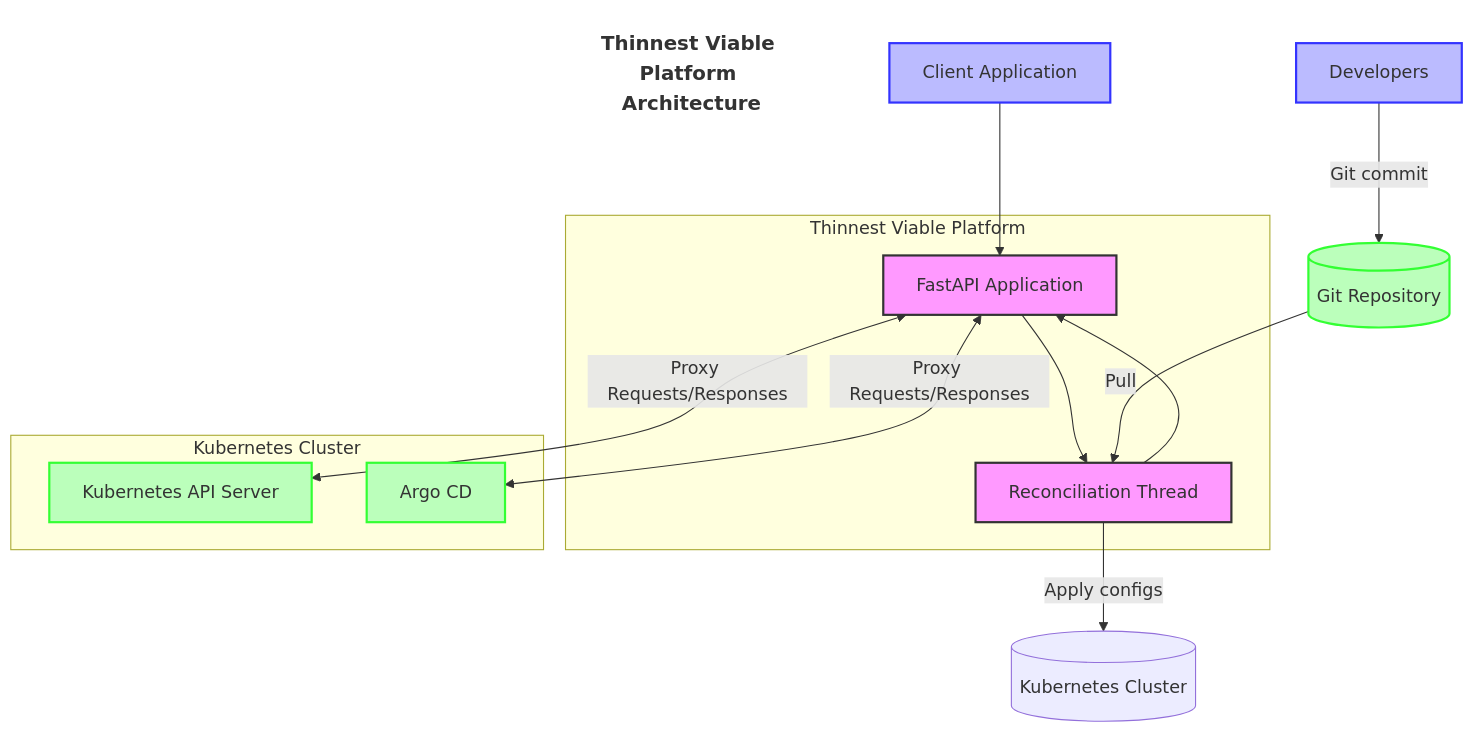
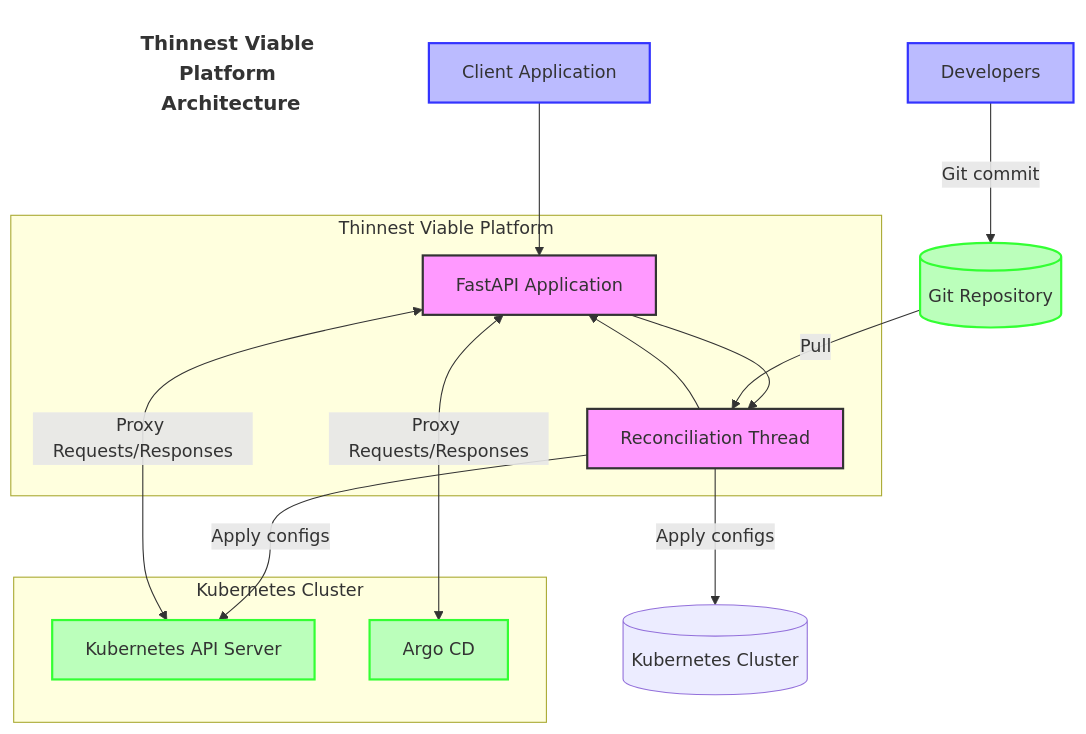
The seventh of 9 diagrams in README.md (lloydchang/tvp-k8s), drawn with Mermaid before and after one commit. The commit also changed 1 other file, not shown here.

````diff
--- a/README.md
+++ b/README.md
@@ -520,34 +520,35 @@
 ```mermaid
 flowchart TB
     title[Thinnest Viable Platform Architecture]
     style title fill:none,stroke:none,font-size:18px,font-weight:bold
     subgraph "Thinnest Viable Platform"
         API[FastAPI Application]
         RT[Reconciliation Thread]
         
         API --> RT
         RT --> API
     end
     
     Dev[Developers] -->|Git commit| GitRepo[(Git Repository)]
     GitRepo -->|Pull| RT
+    RT -->|Apply configs| KubernetesAPI
     RT -->|Apply configs| Kubernetes[(Kubernetes Cluster)]
     
     subgraph "Kubernetes Cluster"
         KubernetesAPI[Kubernetes API Server]
         ArgoCD[Argo CD]
     end
     
     Client[Client Application] --> API
     API <-->|Proxy Requests/Responses| KubernetesAPI
     API <-->|Proxy Requests/Responses| ArgoCD
     
     classDef platform fill:#f9f,stroke:#333,stroke-width:2px
     classDef external fill:#bfb,stroke:#3f3,stroke-width:2px
     classDef user fill:#bbf,stroke:#33f,stroke-width:2px
     
     class API,RT platform
     class KubernetesAPI,ArgoCD,GitRepo external
     class Dev,Client user
 
 ```
````
